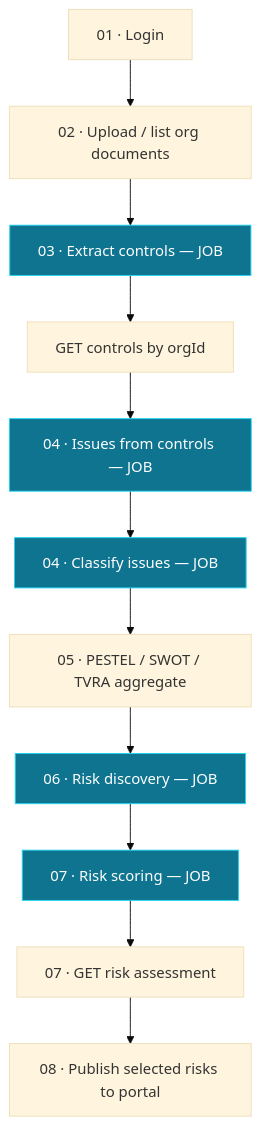
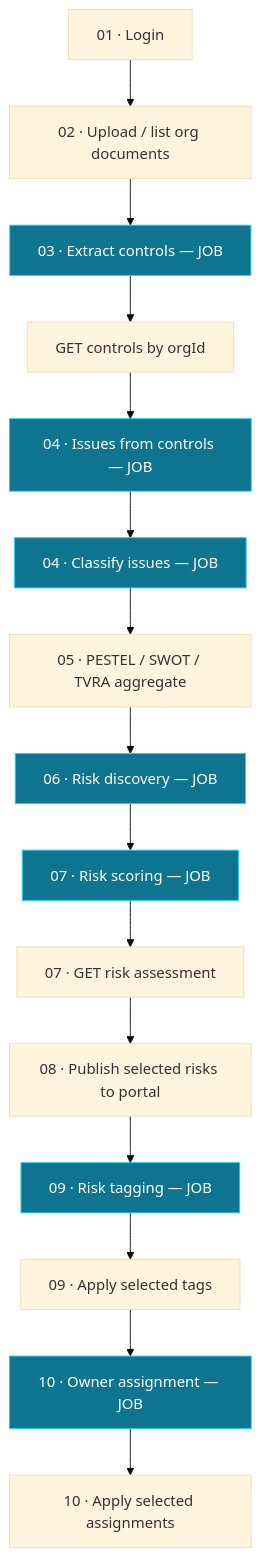
The diagram in mint-docs/process/end-to-end-flow.mdx (shraddhashukla123/iso-robot), drawn with Mermaid (base theme) before and after one commit. The commit also changed other lines of this file and 21 other files, not shown here.

Commit message:
Implemented risk tagging and owner assignment features.

````diff
--- a/mint-docs/process/end-to-end-flow.mdx
+++ b/mint-docs/process/end-to-end-flow.mdx
@@ -18,16 +18,20 @@
 ```mermaid
 flowchart TD
     A[01 · Login] --> B[02 · Upload / list org documents]
     B --> C[03 · Extract controls — JOB]
     C --> D[GET controls by orgId]
     D --> E[04 · Issues from controls — JOB]
     E --> F[04 · Classify issues — JOB]
     F --> G[05 · PESTEL / SWOT / TVRA aggregate]
     G --> H[06 · Risk discovery — JOB]
     H --> I[07 · Risk scoring — JOB]
     I --> J[07 · GET risk assessment]
     J --> K[08 · Publish selected risks to portal]
+    K --> L[09 · Risk tagging — JOB]
+    L --> M[09 · Apply selected tags]
+    M --> N[10 · Owner assignment — JOB]
+    N --> O[10 · Apply selected assignments]
 
     classDef job fill:#0E7490,stroke:#22D3EE,color:#fff;
-    class C,E,F,H,I job;
+    class C,E,F,H,I,L,N job;
 ```
````
